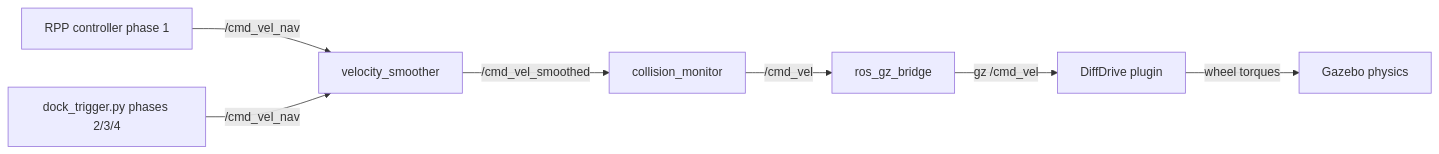
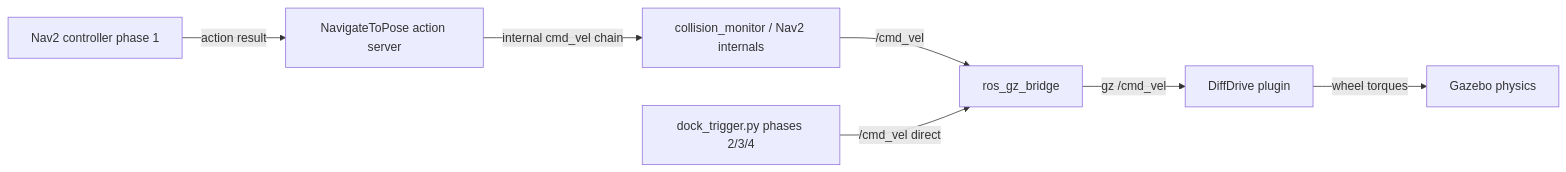
Before and after one commit to rajindulkar22/openamr-platform-sw: the sixth of 6 diagrams in ros2/src/openamrobot_docking/docs/10_diagrams.md, drawn with Mermaid. The commit also changed other lines of this file and 22 other files, not shown here.

````diff
--- a/ros2/src/openamrobot_docking/docs/10_diagrams.md
+++ b/ros2/src/openamrobot_docking/docs/10_diagrams.md
@@ -160,9 +159,9 @@
 ```mermaid
 graph LR
-  RPP[RPP controller phase 1] -->|/cmd_vel_nav| SMO
-  TRIG[dock_trigger.py phases 2/3/4] -->|/cmd_vel_nav| SMO
-  SMO[velocity_smoother] -->|/cmd_vel_smoothed| CM
-  CM[collision_monitor] -->|/cmd_vel| BR
+  RPP[Nav2 controller phase 1] -->|action result| ACT[NavigateToPose action server]
+  ACT -->|internal cmd_vel chain| CM[collision_monitor / Nav2 internals]
+  CM -->|/cmd_vel| BR
+  TRIG[dock_trigger.py phases 2/3/4] -->|/cmd_vel direct| BR
   BR[ros_gz_bridge] -->|gz /cmd_vel| DD[DiffDrive plugin]
   DD -->|wheel torques| GZ[Gazebo physics]
 ```
````
